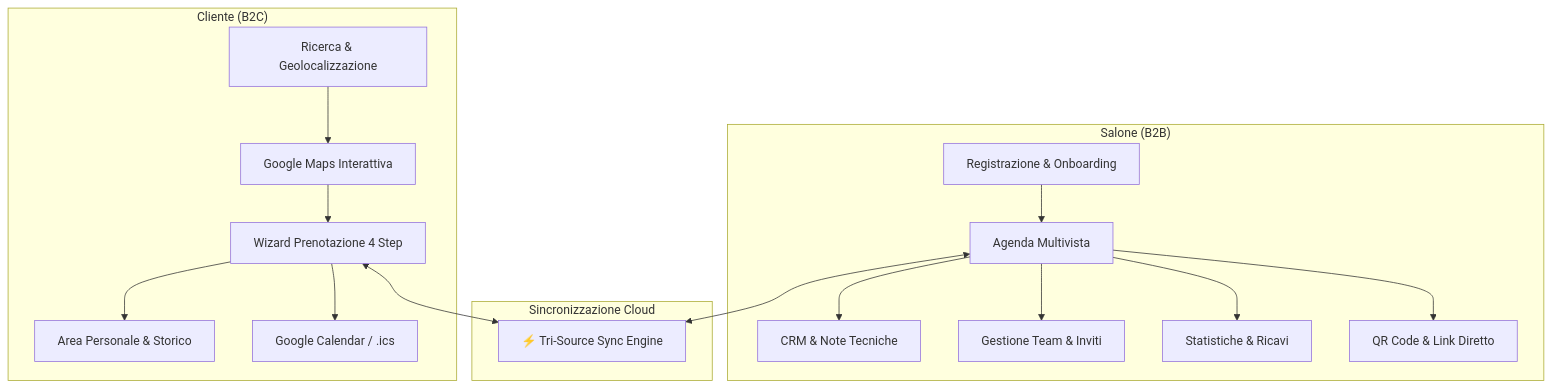
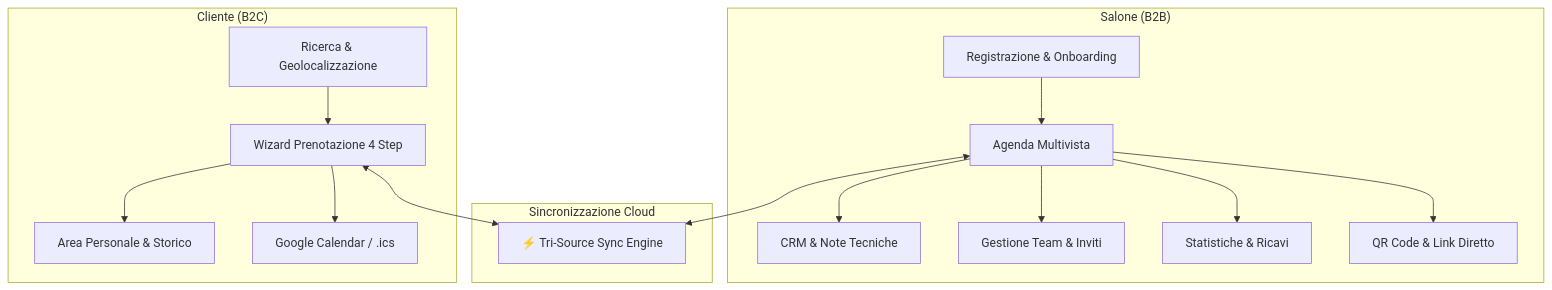
The first of 2 diagrams in README.md (MattiaGabellieri2008/Trimmy), drawn with Mermaid before and after one commit. The commit also changed other lines of this file and 6 other files, not shown here.

Commit message:
feat(marketplace): remove interactive google maps and defer to future roadmap

````diff
--- a/README.md
+++ b/README.md
@@ -40,24 +40,23 @@
 ```mermaid
 flowchart TD
     subgraph "Salone (B2B)"
         S_Reg[Registrazione & Onboarding] --> S_Agenda[Agenda Multivista]
         S_Agenda --> S_CRM[CRM & Note Tecniche]
         S_Agenda --> S_Team[Gestione Team & Inviti]
         S_Agenda --> S_Stats[Statistiche & Ricavi]
         S_Agenda --> S_QR[QR Code & Link Diretto]
     end
 
     subgraph "Sincronizzazione Cloud"
         SyncEngine[⚡ Tri-Source Sync Engine]
     end
 
     subgraph "Cliente (B2C)"
-        C_Search[Ricerca & Geolocalizzazione] --> C_Map[Google Maps Interattiva]
-        C_Map --> C_Book[Wizard Prenotazione 4 Step]
+        C_Search[Ricerca & Geolocalizzazione] --> C_Book[Wizard Prenotazione 4 Step]
         C_Book --> C_Area[Area Personale & Storico]
         C_Book --> C_Cal[Google Calendar / .ics]
     end
 
     S_Agenda <--> SyncEngine
     C_Book <--> SyncEngine
 ```
````
